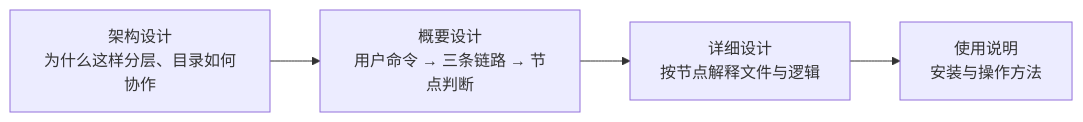
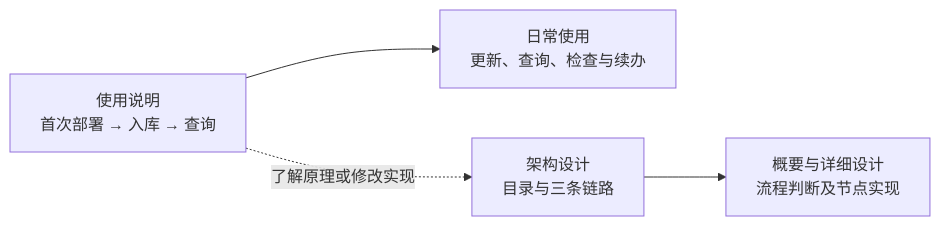
Before and after one commit to Robin-hhc/FactumCore: the diagram in himate-knowledge-wifi-mp/docs-llm-wiki/README.md, drawn with Mermaid. The commit also changed other lines of this file and 2 other files, not shown here.

Commit message:
docs: guide HiMate from initial deployment to first query

````diff
--- a/himate-knowledge-wifi-mp/docs-llm-wiki/README.md
+++ b/himate-knowledge-wifi-mp/docs-llm-wiki/README.md
@@ -3,6 +5,6 @@
 ```mermaid
 flowchart LR
-    A["架构设计<br/>为什么这样分层、目录如何协作"] --> B["概要设计<br/>用户命令 → 三条链路 → 节点判断"]
-    B --> C["详细设计<br/>按节点解释文件与逻辑"]
-    C --> D["使用说明<br/>安装与操作方法"]
+    A["使用说明<br/>首次部署 → 入库 → 查询"] --> B["日常使用<br/>更新、查询、检查与续办"]
+    A -. "了解原理或修改实现" .-> C["架构设计<br/>目录与三条链路"]
+    C --> D["概要与详细设计<br/>流程判断及节点实现"]
 ```
````
